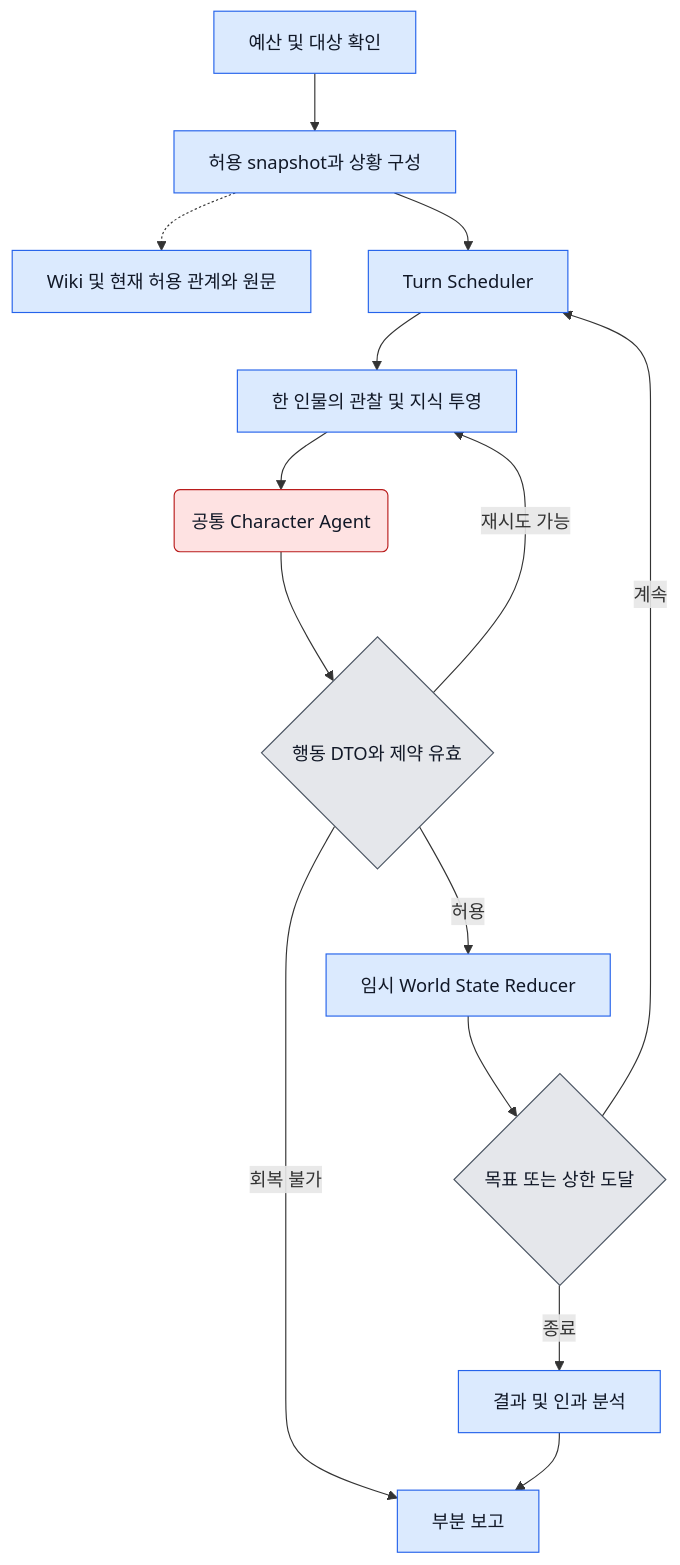
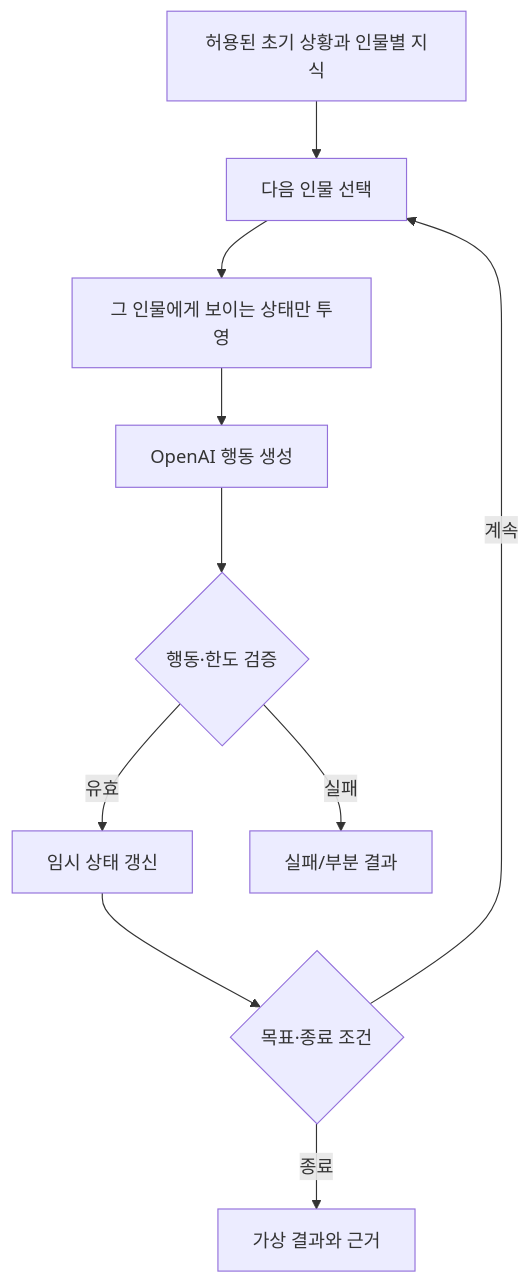
The diagram in docs/writing-ai-architecture/03-rag-simulation-design.md (SKNETWORKS-FAMILY-AICAMP/SKN34-FINAL-4TEAM), drawn with Mermaid before and after one commit. The commit also changed other lines of this file and 7 other files, not shown here.

````diff
--- a/docs/writing-ai-architecture/03-rag-simulation-design.md
+++ b/docs/writing-ai-architecture/03-rag-simulation-design.md
@@ -110,19 +22,12 @@
-```mermaid
+~~~mermaid
 flowchart TD
-    I[예산 및 대상 확인] --> C[허용 snapshot과 상황 구성]
-    C -.-> R[Wiki 및 현재 허용 관계와 원문]
-    C --> T[Turn Scheduler]
-    T --> P[한 인물의 관찰 및 지식 투영]
-    P --> A(공통 Character Agent):::model
-    A --> V{행동 DTO와 제약 유효}:::gate
-    V -->|허용| U[임시 World State Reducer]
-    V -->|재시도 가능| P
-    V -->|회복 불가| F[부분 보고]
-    U --> E{목표 또는 상한 도달}:::gate
-    E -->|계속| T
-    E -->|종료| O[결과 및 인과 분석]
-    O --> F
-    classDef default fill:#dbeafe,stroke:#2563eb,color:#111827
-    classDef model fill:#fee2e2,stroke:#b91c1c,color:#111827
-    classDef gate fill:#e5e7eb,stroke:#4b5563,color:#111827
-```
+  A[허용된 초기 상황과 인물별 지식] --> B[다음 인물 선택]
+  B --> C[그 인물에게 보이는 상태만 투영]
+  C --> D[OpenAI 행동 생성]
+  D --> E{행동·한도 검증}
+  E -->|유효| F[임시 상태 갱신]
+  F --> G{목표·종료 조건}
+  G -->|계속| B
+  G -->|종료| H[가상 결과와 근거]
+  E -->|실패| I[실패/부분 결과]
+~~~
````
